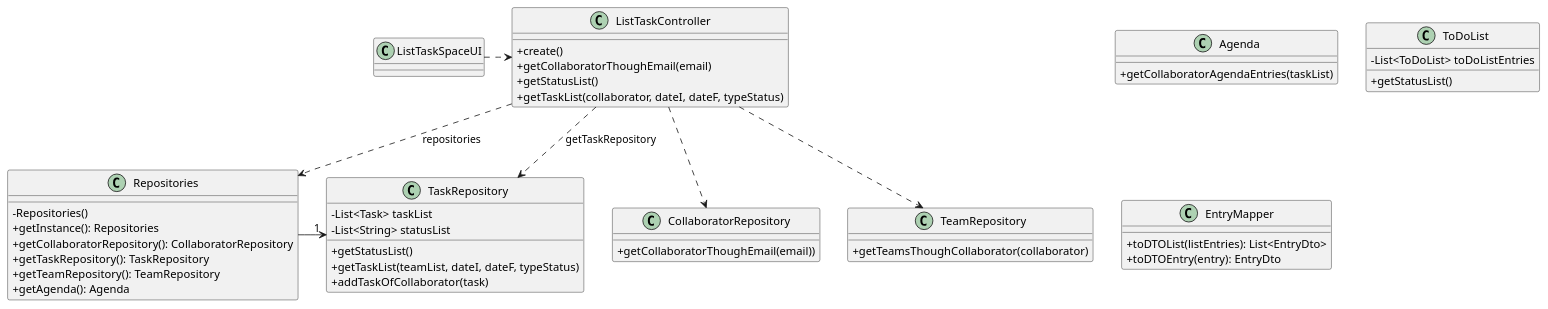
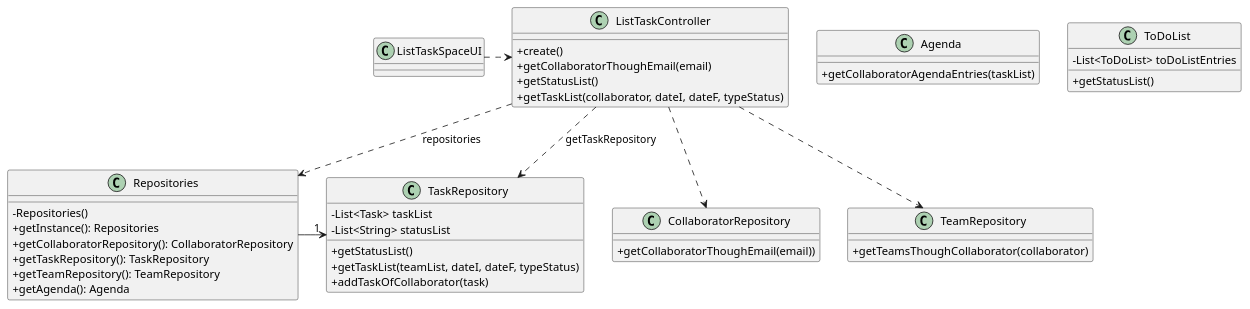
The diagram in docs/SprintC/us28/03.design/puml/us028-class-diagram.puml (Departamento-de-Engenharia-Informatica/lei-24-s2-1df-1de-g063), drawn with PlantUML before and after one commit. The commit also changed 2 other files, not shown here.

```diff
--- a/docs/SprintC/us28/03.design/puml/us028-class-diagram.puml
+++ b/docs/SprintC/us28/03.design/puml/us028-class-diagram.puml
@@ -1,72 +1,69 @@
 @startuml
 'skinparam monochrome true
 skinparam packageStyle rectangle
 skinparam shadowing false
 skinparam linetype polyline
 'skinparam linetype orto
 
 skinparam classAttributeIconSize 0
 
 'left to right direction
 
 class ListTaskSpaceUI{
 
 }
 
 
 class ListTaskController{
    + create()
        + getCollaboratorThoughEmail(email)
        + getStatusList()
        + getTaskList(collaborator, dateI, dateF, typeStatus)
 }
 
 
 class Repositories{
     - Repositories()
         + getInstance(): Repositories
         + getCollaboratorRepository(): CollaboratorRepository
         + getTaskRepository(): TaskRepository
         + getTeamRepository(): TeamRepository
         + getAgenda(): Agenda
 }
 
 class TaskRepository{
     - List<Task> taskList
     - List<String> statusList
     + getStatusList()
     + getTaskList(teamList, dateI, dateF, typeStatus)
     + addTaskOfCollaborator(task)
 }
 
 class CollaboratorRepository{
     + getCollaboratorThoughEmail(email))
 }
 
 class TeamRepository{
     + getTeamsThoughCollaborator(collaborator)
 }
 
 class Agenda{
     +getCollaboratorAgendaEntries(taskList)
 }
 
 class ToDoList{
     -List<ToDoList> toDoListEntries
     +getStatusList()
 }
 
-class EntryMapper{
-    +toDTOList(listEntries): List<EntryDto>
-    +toDTOEntry(entry): EntryDto
-}
+
 
 
 ListTaskSpaceUI .> ListTaskController
 ListTaskController..> Repositories : repositories
 Repositories -> "1" TaskRepository
 ListTaskController ..> TaskRepository : getTaskRepository
 ListTaskController..> CollaboratorRepository
 ListTaskController..> TeamRepository
 
 @enduml
```
